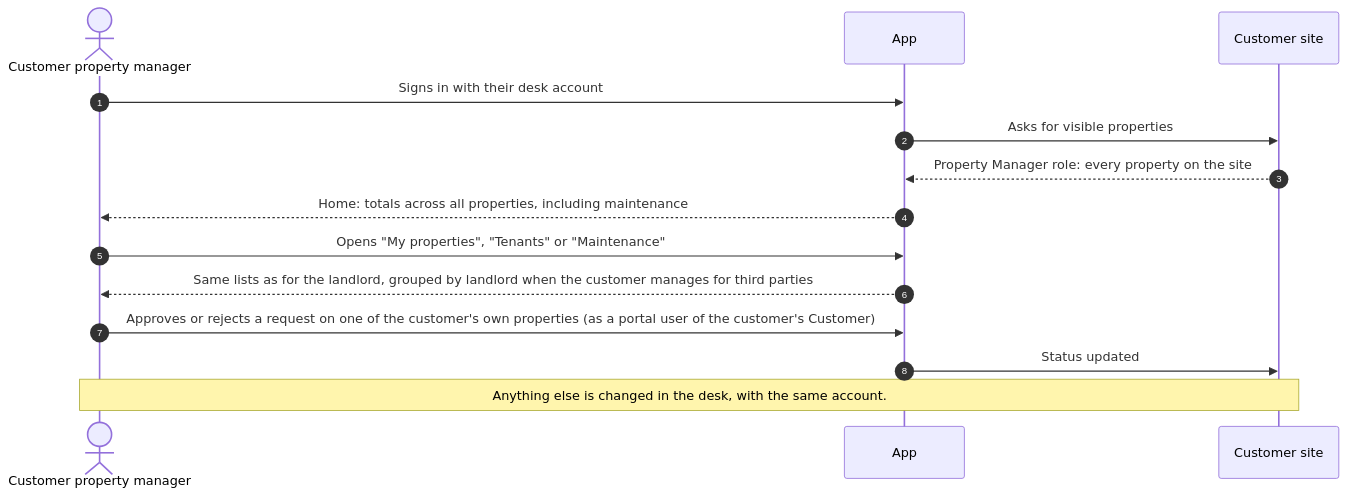
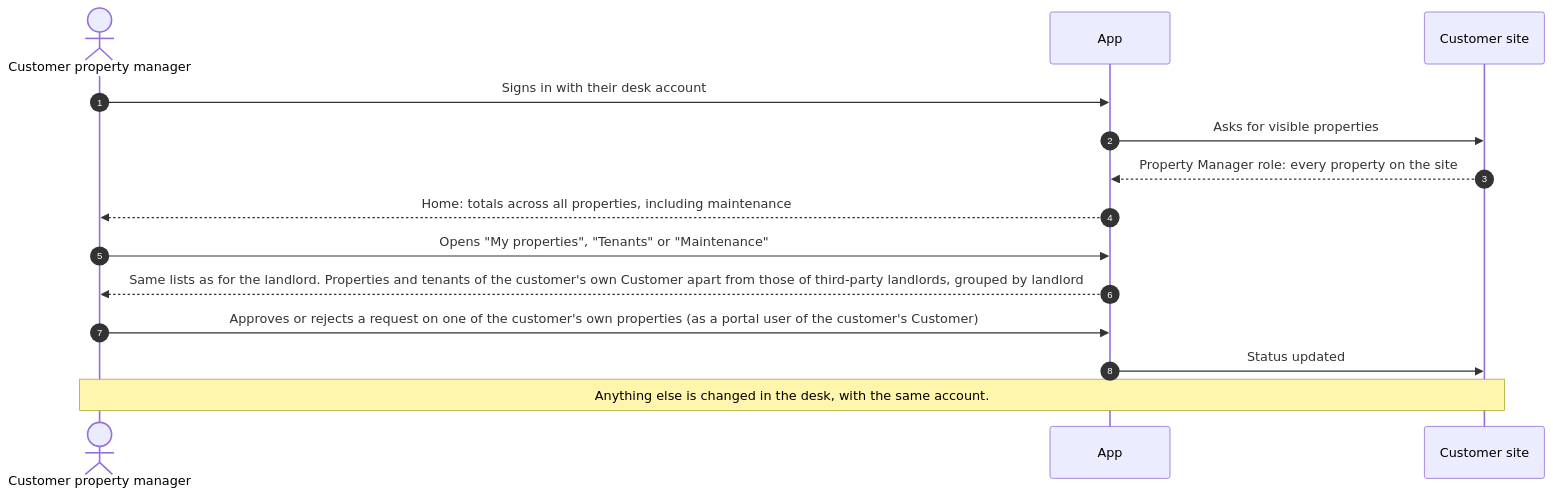
The sixth of 7 diagrams in doc/app-usage-flows-immo.md (skyengpro/skyeng_immo), drawn with Mermaid before and after one commit. The commit also changed 26 other files, not shown here.

````diff
--- a/doc/app-usage-flows-immo.md
+++ b/doc/app-usage-flows-immo.md
@@ -195,17 +195,17 @@
 ```mermaid
 sequenceDiagram
     autonumber
     actor G as Customer property manager
     participant A as App
     participant D as Customer site
 
     G->>A: Signs in with their desk account
     A->>D: Asks for visible properties
     D-->>A: Property Manager role: every property on the site
     A-->>G: Home: totals across all properties, including maintenance
     G->>A: Opens "My properties", "Tenants" or "Maintenance"
-    A-->>G: Same lists as for the landlord, grouped by landlord when the customer manages for third parties
+    A-->>G: Same lists as for the landlord. Properties and tenants of the customer's own Customer apart from those of third-party landlords, grouped by landlord
     G->>A: Approves or rejects a request on one of the customer's own properties (as a portal user of the customer's Customer)
     A->>D: Status updated
     Note over G,D: Anything else is changed in the desk, with the same account.
 ```
````
